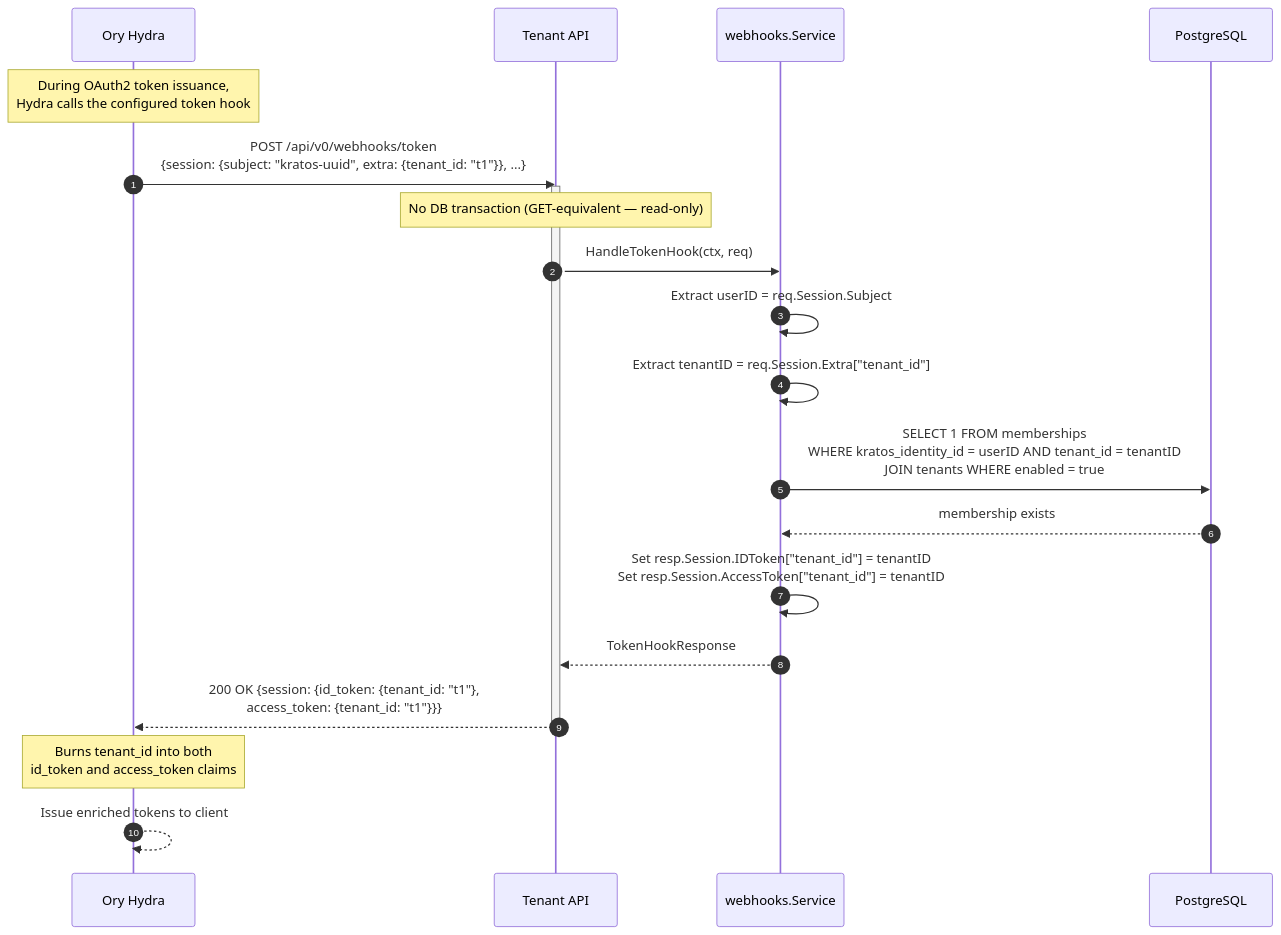
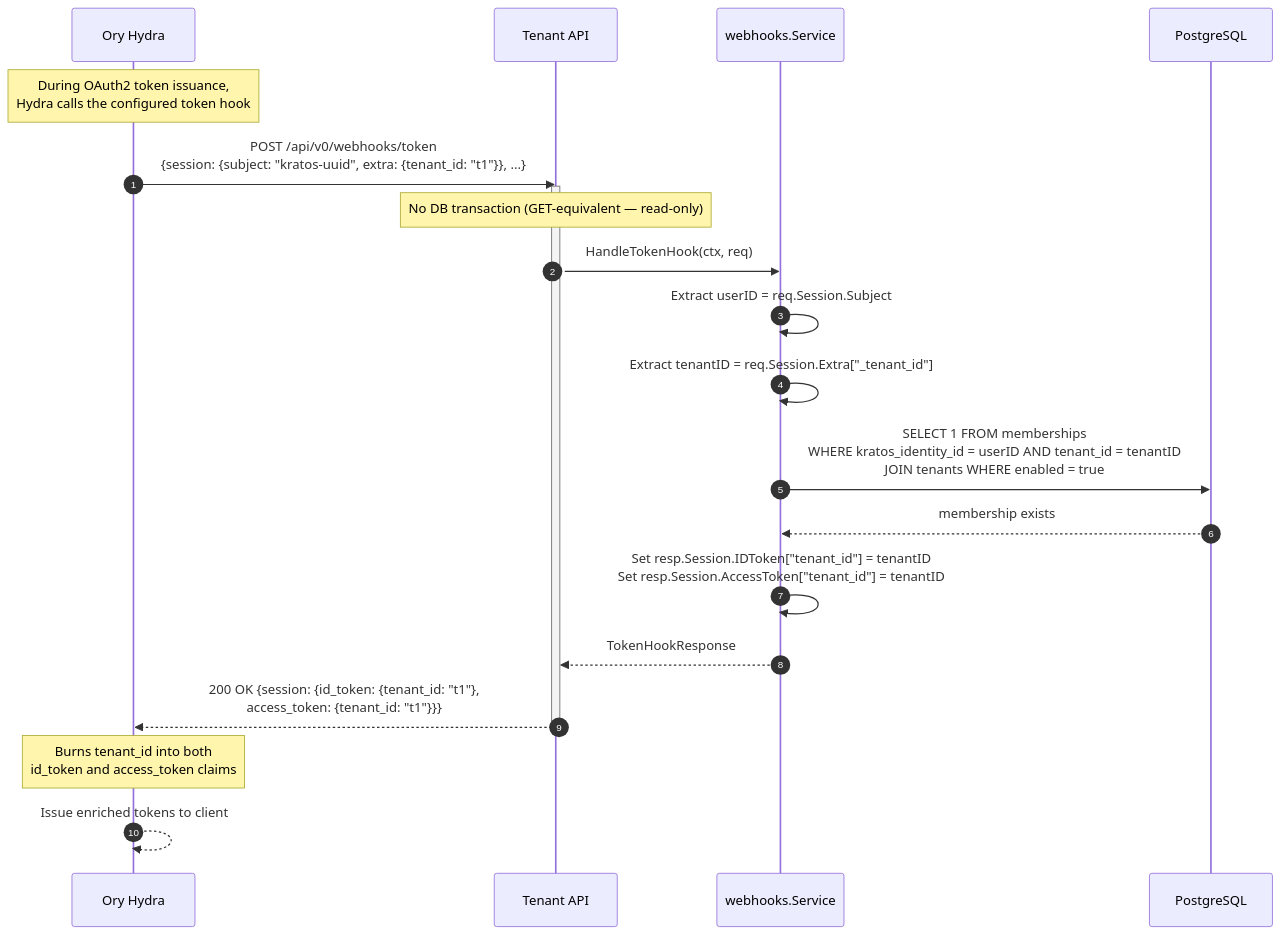
One commit to canonical/tenant-service changed the third of 6 diagrams in docs/SEQUENCE_DIAGRAMS.md. Above: the diagram before and after it, drawn with Mermaid. The commit also changed other lines of this file and 2 other files, not shown here.

First line of the commit message:
docs: add ADR-0008 for tenant-aware login, update sequence diagrams and TODO

````diff
--- a/docs/SEQUENCE_DIAGRAMS.md
+++ b/docs/SEQUENCE_DIAGRAMS.md
@@ -141,31 +267,31 @@
 ```mermaid
 sequenceDiagram
     autonumber
     participant Hydra as Ory Hydra
     participant TenantAPI as Tenant API
     participant WebhookSvc as webhooks.Service
     participant DB as PostgreSQL
 
     Note over Hydra: During OAuth2 token issuance,<br/>Hydra calls the configured token hook
 
     Hydra->>TenantAPI: POST /api/v0/webhooks/token<br/>{session: {subject: "kratos-uuid", extra: {tenant_id: "t1"}}, ...}
 
     activate TenantAPI
     Note over TenantAPI: No DB transaction (GET-equivalent — read-only)
     TenantAPI->>WebhookSvc: HandleTokenHook(ctx, req)
 
     WebhookSvc->>WebhookSvc: Extract userID = req.Session.Subject
-    WebhookSvc->>WebhookSvc: Extract tenantID = req.Session.Extra["tenant_id"]
+    WebhookSvc->>WebhookSvc: Extract tenantID = req.Session.Extra["_tenant_id"]
 
     WebhookSvc->>DB: SELECT 1 FROM memberships<br/>WHERE kratos_identity_id = userID AND tenant_id = tenantID<br/>JOIN tenants WHERE enabled = true
     DB-->>WebhookSvc: membership exists
 
     WebhookSvc->>WebhookSvc: Set resp.Session.IDToken["tenant_id"] = tenantID<br/>Set resp.Session.AccessToken["tenant_id"] = tenantID
 
     WebhookSvc-->>TenantAPI: TokenHookResponse
     TenantAPI-->>Hydra: 200 OK {session: {id_token: {tenant_id: "t1"},<br/>access_token: {tenant_id: "t1"}}}
     deactivate TenantAPI
 
     Note over Hydra: Burns tenant_id into both<br/>id_token and access_token claims
     Hydra-->>Hydra: Issue enriched tokens to client
 ```
````
